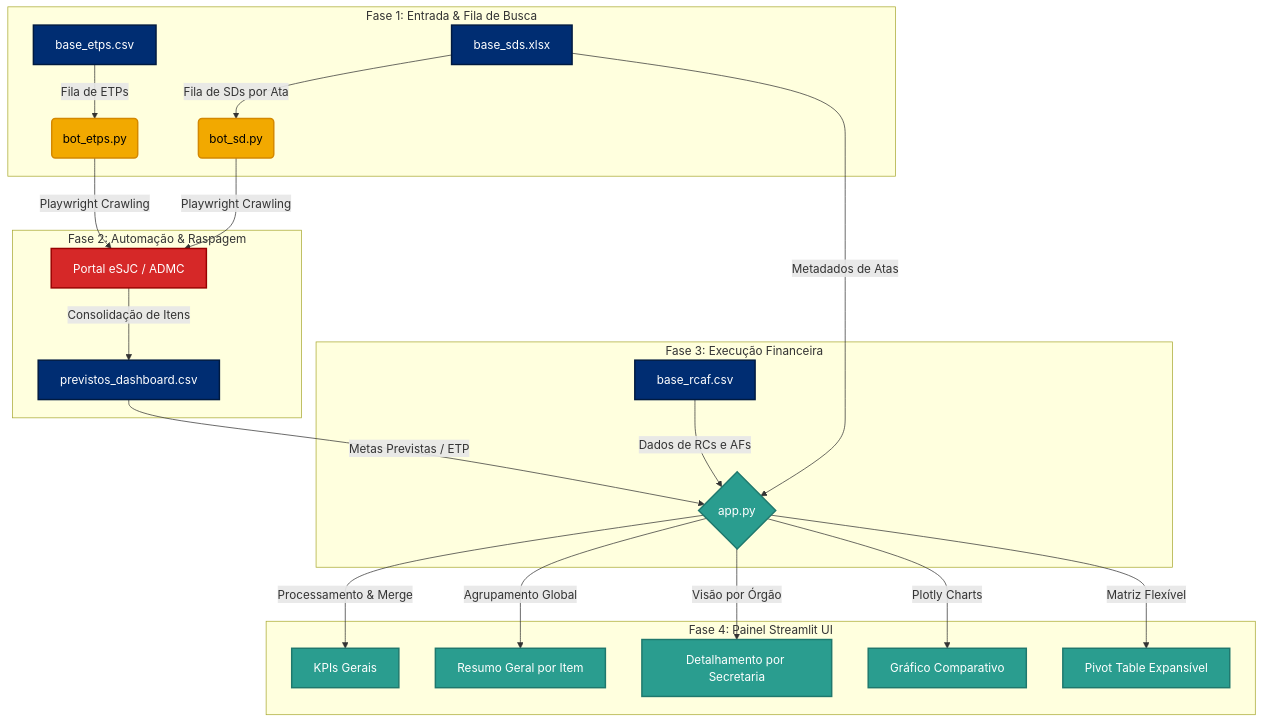
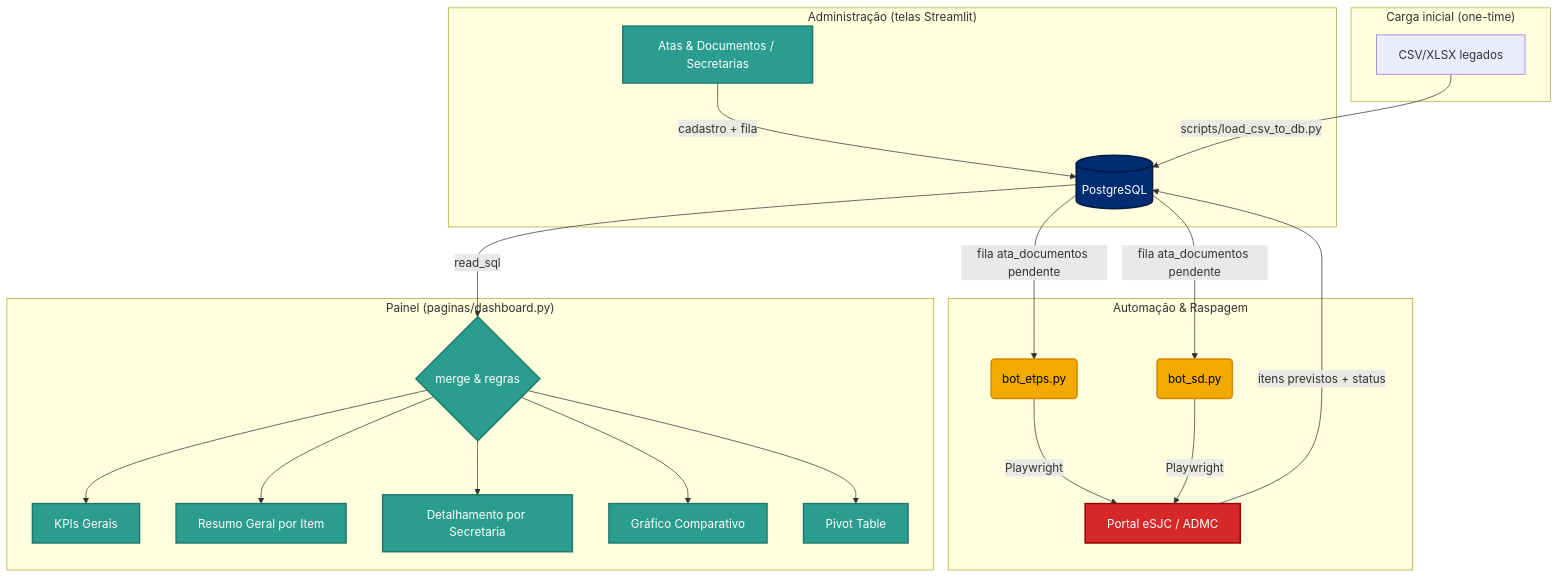
The diagram in README.md (maia-andre/painel_de_controle_de_atas), drawn with Mermaid before and after one commit. The commit also changed other lines of this file and 5 other files, not shown here.

````diff
--- a/README.md
+++ b/README.md
@@ -44,37 +46,37 @@
 ```mermaid
 flowchart TD
-    subgraph Entrada ["Fase 1: Entrada & Fila de Busca"]
-        A1[base_etps.csv] -->|Fila de ETPs| B1(bot_etps.py)
-        A2[base_sds.xlsx] -->|Fila de SDs por Ata| B2(bot_sd.py)
+    subgraph Admin ["Administração (telas Streamlit)"]
+        ADM[Atas & Documentos / Secretarias] -->|cadastro + fila| DB[(PostgreSQL)]
     end
 
-    subgraph Extracao ["Fase 2: Automação & Raspagem"]
-        B1 -->|Playwright Crawling| C[Portal eSJC / ADMC]
-        B2 -->|Playwright Crawling| C
-        C -->|Consolidação de Itens| D[previstos_dashboard.csv]
+    subgraph Carga ["Carga inicial (one-time)"]
+        CSV[CSV/XLSX legados] -->|scripts/load_csv_to_db.py| DB
     end
 
-    subgraph Consumo ["Fase 3: Execução Financeira"]
-        E[base_rcaf.csv] -->|Dados de RCs e AFs| F{app.py}
-        D -->|Metas Previstas / ETP| F
-        A2 -->|Metadados de Atas| F
+    subgraph Bots ["Automação & Raspagem"]
+        DB -->|fila ata_documentos pendente| B1(bot_etps.py)
+        DB -->|fila ata_documentos pendente| B2(bot_sd.py)
+        B1 -->|Playwright| C[Portal eSJC / ADMC]
+        B2 -->|Playwright| C
+        C -->|itens previstos + status| DB
     end
 
-    subgraph Visualizacao ["Fase 4: Painel Streamlit UI"]
-        F -->|Processamento & Merge| G1[KPIs Gerais]
-        F -->|Agrupamento Global| G2[Resumo Geral por Item]
-        F -->|Visão por Órgão| G3[Detalhamento por Secretaria]
-        F -->|Plotly Charts| G4[Gráfico Comparativo]
-        F -->|Matriz Flexível| G5[Pivot Table Expansível]
+    subgraph Visualizacao ["Painel (paginas/dashboard.py)"]
+        DB -->|read_sql| F{merge & regras}
+        F --> G1[KPIs Gerais]
+        F --> G2[Resumo Geral por Item]
+        F --> G3[Detalhamento por Secretaria]
+        F --> G4[Gráfico Comparativo]
+        F --> G5[Pivot Table]
     end
 
-    classDef files fill:#002d72,stroke:#001a40,stroke-width:2px,color:#fff;
+    classDef db fill:#002d72,stroke:#001a40,stroke-width:2px,color:#fff;
     classDef bots fill:#f2a900,stroke:#d48800,stroke-width:2px,color:#000;
     classDef portal fill:#d62828,stroke:#990000,stroke-width:2px,color:#fff;
     classDef streamlit fill:#2a9d8f,stroke:#1f786d,stroke-width:2px,color:#fff;
 
-    class A1,A2,D,E files;
+    class DB db;
     class B1,B2 bots;
     class C portal;
-    class F,G1,G2,G3,G4,G5 streamlit;
+    class ADM,F,G1,G2,G3,G4,G5 streamlit;
 ```
````
